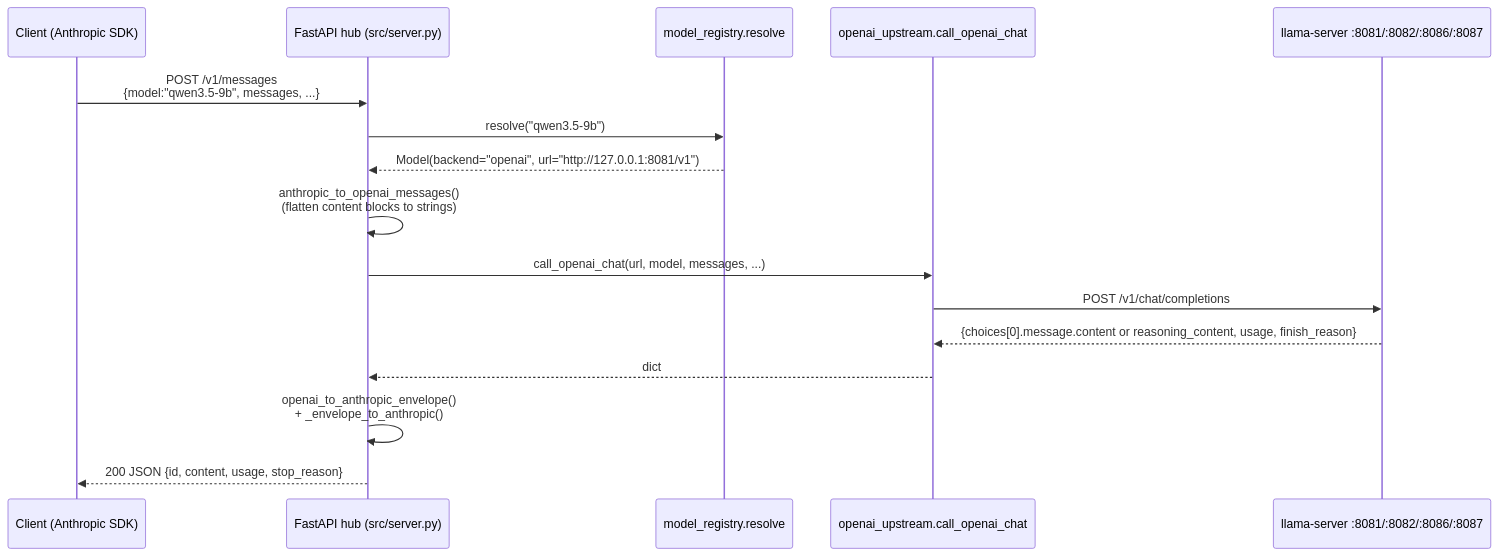
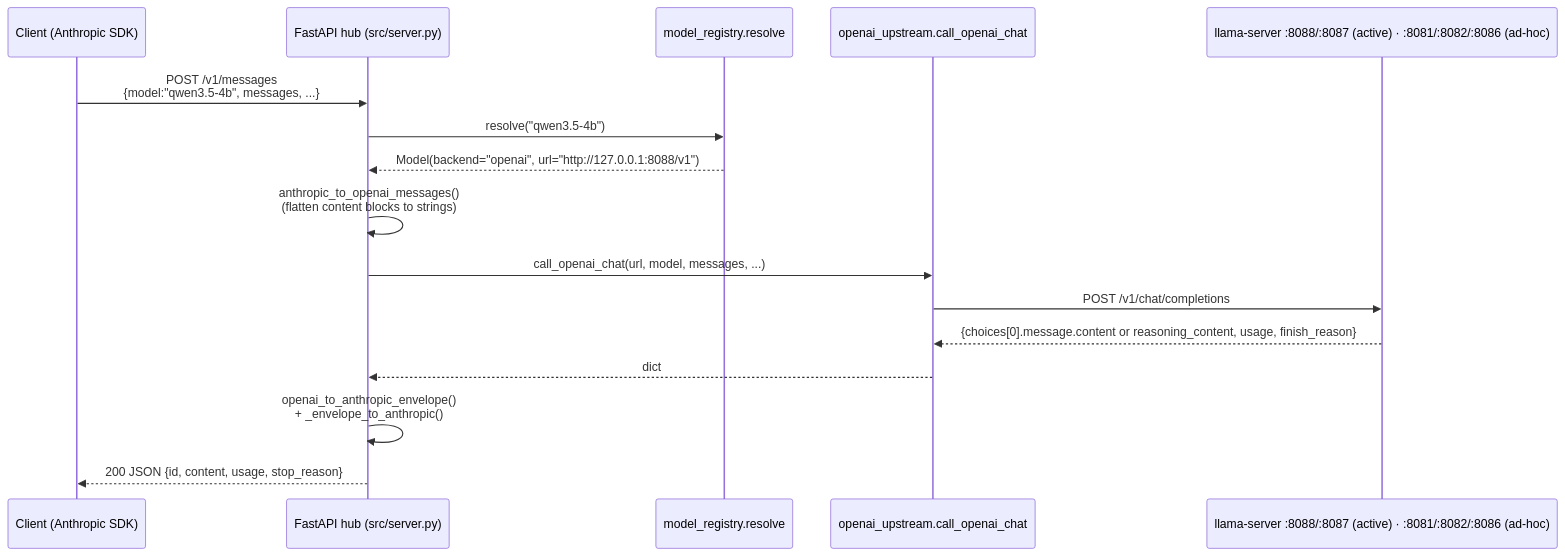
One commit to ferraroroberto/local-llm-hub changed the fourth of 4 diagrams in docs/project-structure.md. Above: the diagram before and after it, drawn with Mermaid. The commit also changed other lines of this file and 4 other files, not shown here.

````diff
--- a/docs/project-structure.md
+++ b/docs/project-structure.md
@@ -229,19 +218,19 @@
 ```mermaid
 sequenceDiagram
     participant C as Client (Anthropic SDK)
     participant F as FastAPI hub (src/server.py)
     participant R as model_registry.resolve
     participant U as openai_upstream.call_openai_chat
-    participant L as llama-server :8081/:8082/:8086/:8087
+    participant L as llama-server :8088/:8087 (active) · :8081/:8082/:8086 (ad-hoc)
 
-    C->>F: POST /v1/messages<br/>{model:"qwen3.5-9b", messages, ...}
-    F->>R: resolve("qwen3.5-9b")
-    R-->>F: Model(backend="openai", url="http://127.0.0.1:8081/v1")
+    C->>F: POST /v1/messages<br/>{model:"qwen3.5-4b", messages, ...}
+    F->>R: resolve("qwen3.5-4b")
+    R-->>F: Model(backend="openai", url="http://127.0.0.1:8088/v1")
     F->>F: anthropic_to_openai_messages()<br/>(flatten content blocks to strings)
     F->>U: call_openai_chat(url, model, messages, ...)
     U->>L: POST /v1/chat/completions
     L-->>U: {choices[0].message.content or reasoning_content, usage, finish_reason}
     U-->>F: dict
     F->>F: openai_to_anthropic_envelope()<br/>+ _envelope_to_anthropic()
     F-->>C: 200 JSON {id, content, usage, stop_reason}
 ```
````
